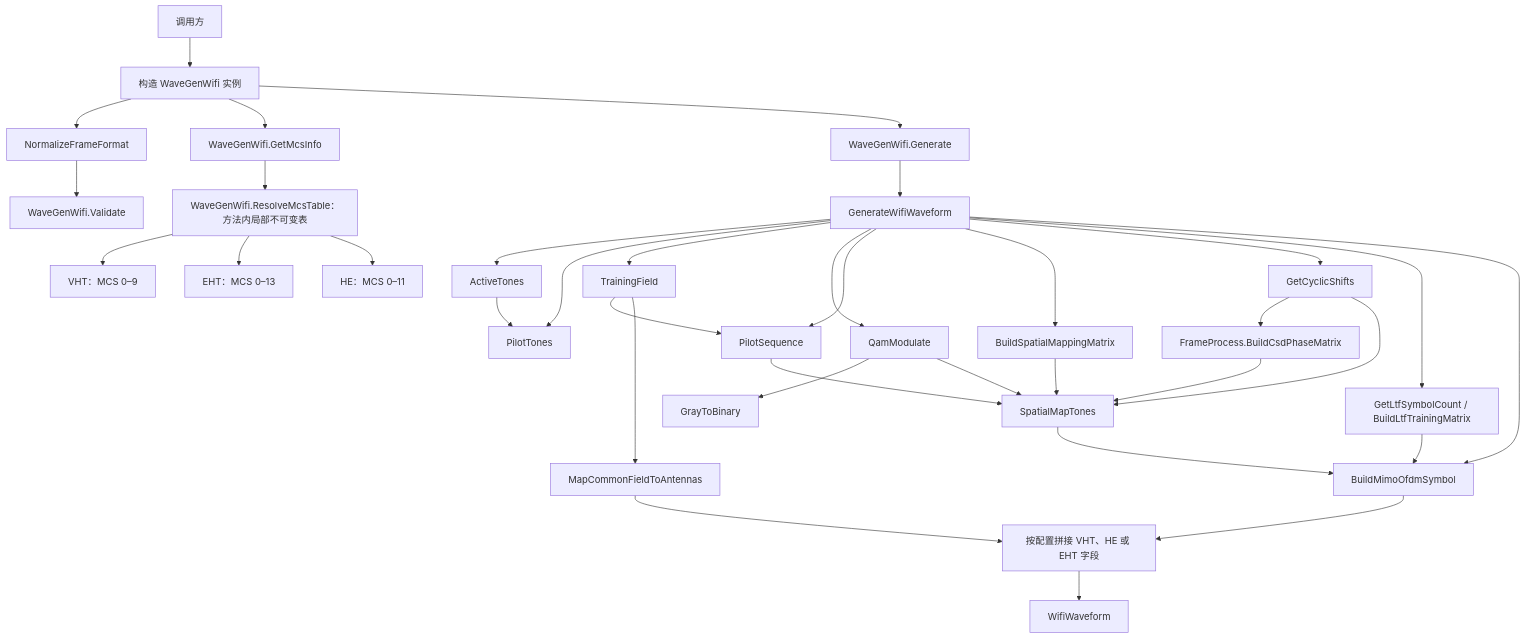
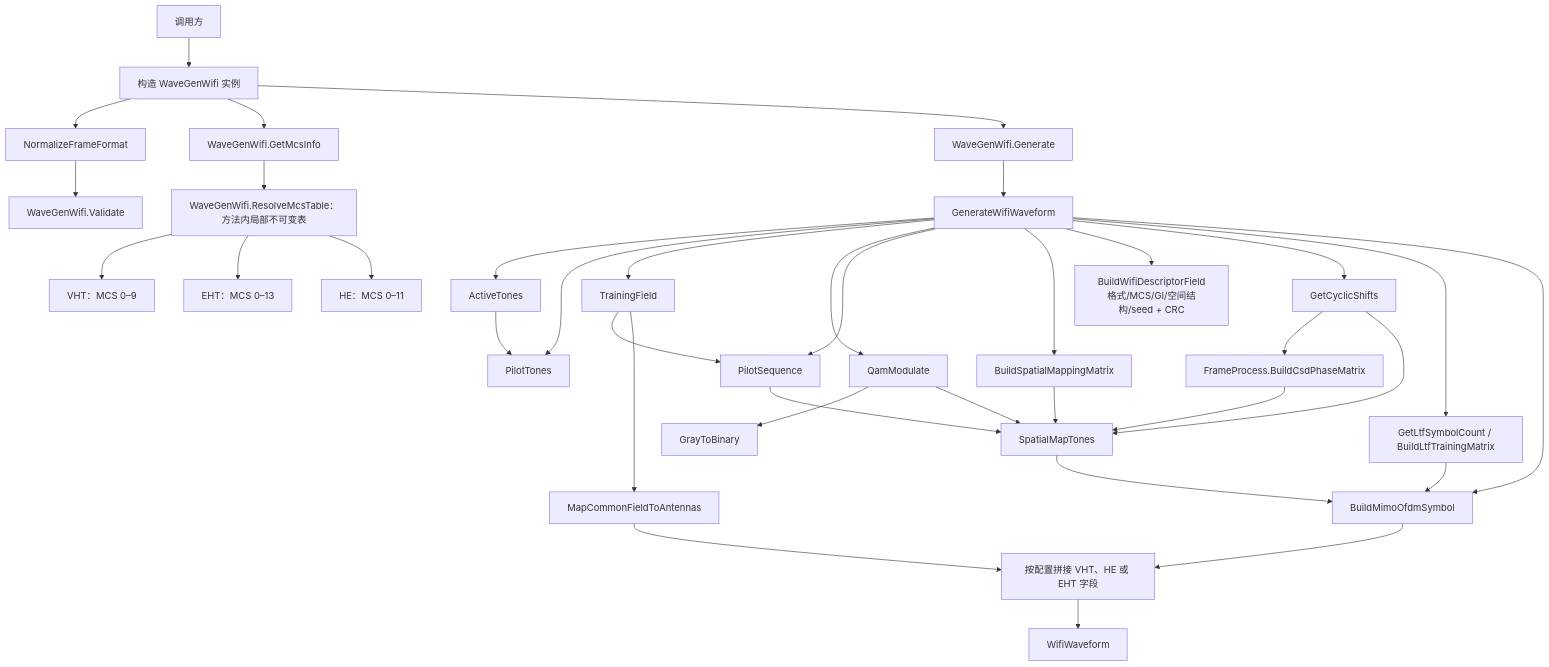
One commit to niyilu45/DPD_ILC changed the second of 12 diagrams in README.md. Above: the diagram before and after it, drawn with Mermaid. The commit also changed other lines of this file and 11 other files, not shown here.

````diff
--- a/README.md
+++ b/README.md
@@ -122,39 +130,40 @@
 ```mermaid
 flowchart TD
     caller["调用方"] --> config["构造 WaveGenWifi 实例"]
     config --> normalize["NormalizeFrameFormat"]
     normalize --> validate["WaveGenWifi.Validate"]
     config --> mcs["WaveGenWifi.GetMcsInfo"]
     config --> generate["WaveGenWifi.Generate"]
     mcs --> resolveMcs["WaveGenWifi.ResolveMcsTable：方法内局部不可变表"]
     resolveMcs --> vhtTable["VHT：MCS 0–9"]
     resolveMcs --> ehtTable["EHT：MCS 0–13"]
     resolveMcs --> heTable["HE：MCS 0–11"]
     generate --> privateGenerate["GenerateWifiWaveform"]
 
     privateGenerate --> active["ActiveTones"]
     privateGenerate --> pilots["PilotTones"]
     active --> pilots
     privateGenerate --> training["TrainingField"]
     privateGenerate --> qam["QamModulate"]
     privateGenerate --> pilotSequence["PilotSequence"]
     privateGenerate --> mapping["BuildSpatialMappingMatrix"]
+    privateGenerate --> descriptor["BuildWifiDescriptorField<br/>格式/MCS/GI/空间结构/seed + CRC"]
     privateGenerate --> csd["GetCyclicShifts"]
     csd --> csdMatrix["FrameProcess.BuildCsdPhaseMatrix"]
     privateGenerate --> ltf["GetLtfSymbolCount / BuildLtfTrainingMatrix"]
     privateGenerate --> mimoOfdm["BuildMimoOfdmSymbol"]
 
     qam --> gray["GrayToBinary"]
     training --> pilotSequence
     mapping --> spatialTones["SpatialMapTones"]
     csd --> spatialTones
     csdMatrix --> spatialTones
     qam --> spatialTones
     pilotSequence --> spatialTones
     spatialTones --> mimoOfdm
     ltf --> mimoOfdm
     training --> common["MapCommonFieldToAntennas"]
     common --> packet["按配置拼接 VHT、HE 或 EHT 字段"]
     mimoOfdm --> packet
     packet --> waveform["WifiWaveform"]
 ```
````
